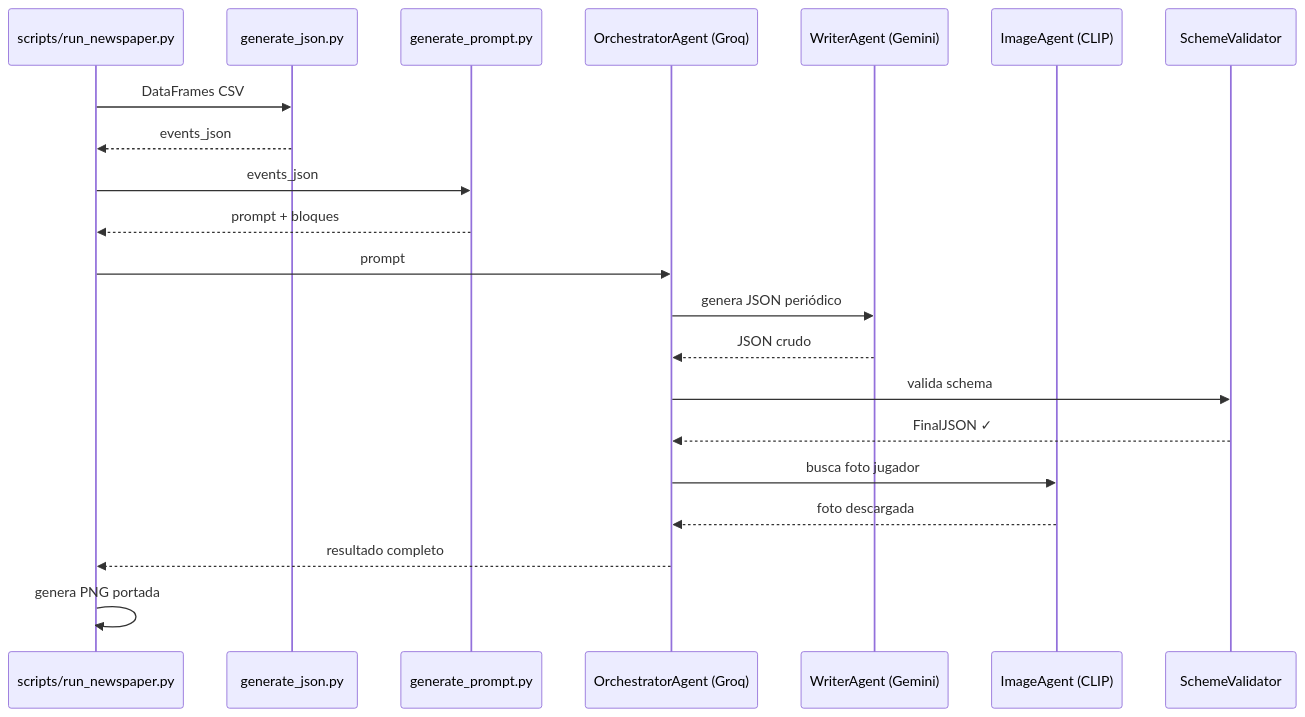
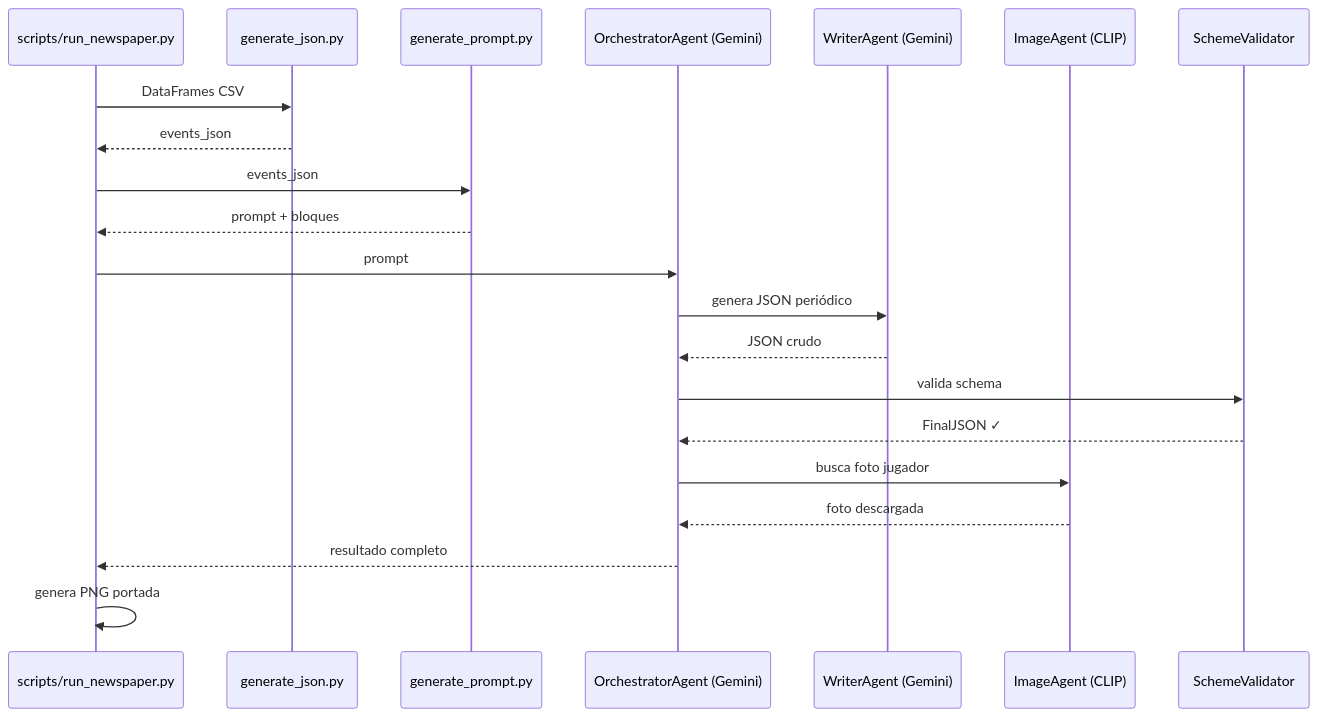
The first of 3 diagrams in docs/pipeline/overview.md (javica98/MisterFantasy_analytics), drawn with Mermaid before and after one commit. The commit also changed 23 other files, not shown here.

````diff
--- a/docs/pipeline/overview.md
+++ b/docs/pipeline/overview.md
@@ -13,24 +13,24 @@
 ```mermaid
 sequenceDiagram
     participant S as scripts/run_newspaper.py
     participant GJ as generate_json.py
     participant GP as generate_prompt.py
-    participant O as OrchestratorAgent (Groq)
+    participant O as OrchestratorAgent (Gemini)
     participant W as WriterAgent (Gemini)
     participant I as ImageAgent (CLIP)
     participant V as SchemeValidator
 
     S->>GJ: DataFrames CSV
     GJ-->>S: events_json
     S->>GP: events_json
     GP-->>S: prompt + bloques
     S->>O: prompt
     O->>W: genera JSON periódico
     W-->>O: JSON crudo
     O->>V: valida schema
     V-->>O: FinalJSON ✓
     O->>I: busca foto jugador
     I-->>O: foto descargada
     O-->>S: resultado completo
     S->>S: genera PNG portada
 ```
````
